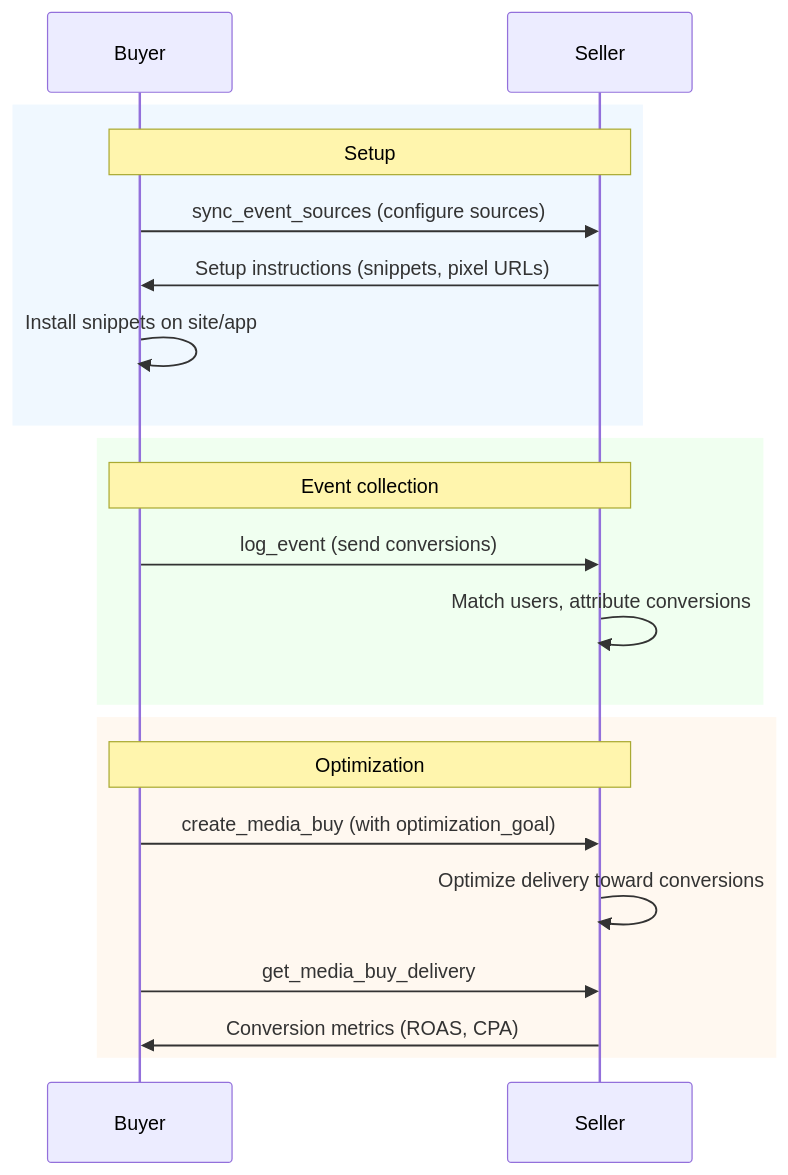
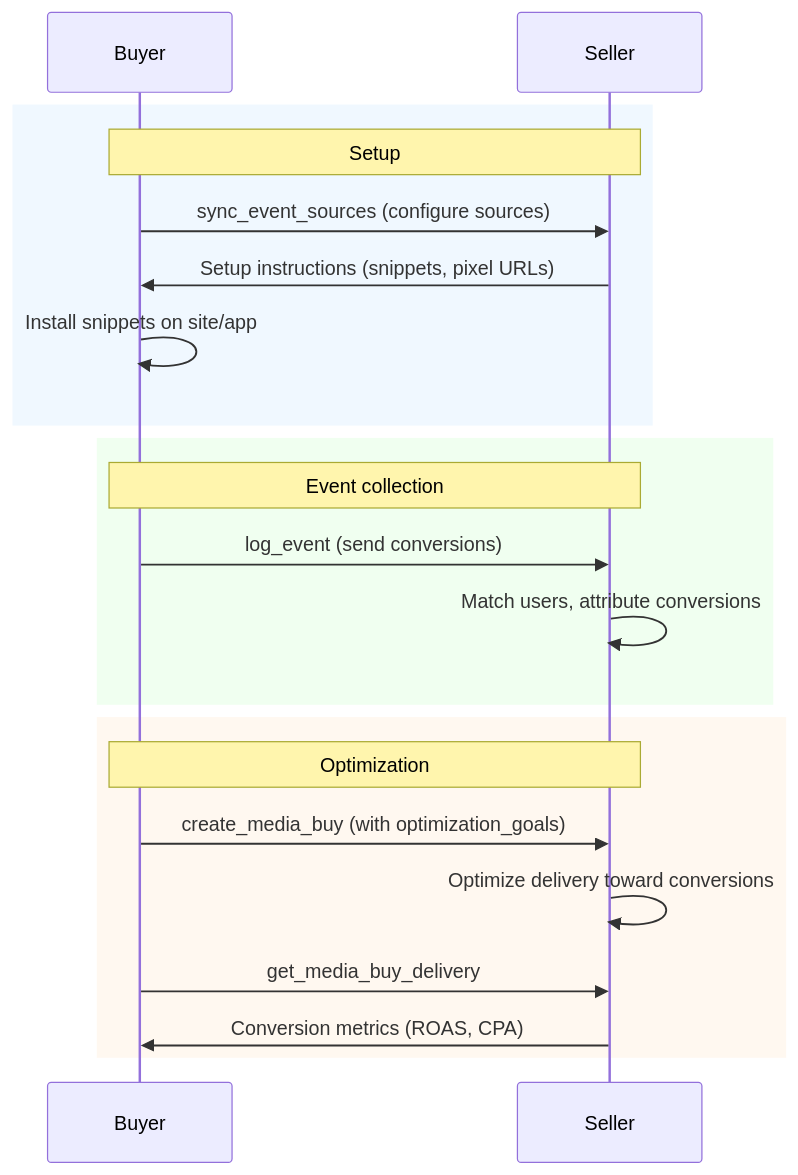
The diagram in docs/media-buy/conversion-tracking/index.mdx (adcontextprotocol/adcp), drawn with Mermaid before and after one commit. The commit also changed other lines of this file and 12 other files, not shown here.

First line of the commit message:
feat(schema): redesign optimization_goal as optimization_goals array

````diff
--- a/docs/media-buy/conversion-tracking/index.mdx
+++ b/docs/media-buy/conversion-tracking/index.mdx
@@ -15,26 +15,26 @@
 ```mermaid
 sequenceDiagram
     participant B as Buyer
     participant S as Seller
 
     rect rgb(240, 248, 255)
         Note over B,S: Setup
         B->>S: sync_event_sources (configure sources)
         S->>B: Setup instructions (snippets, pixel URLs)
         B->>B: Install snippets on site/app
     end
 
     rect rgb(240, 255, 240)
         Note over B,S: Event collection
         B->>S: log_event (send conversions)
         S->>S: Match users, attribute conversions
     end
 
     rect rgb(255, 248, 240)
         Note over B,S: Optimization
-        B->>S: create_media_buy (with optimization_goal)
+        B->>S: create_media_buy (with optimization_goals)
         S->>S: Optimize delivery toward conversions
         B->>S: get_media_buy_delivery
         S->>B: Conversion metrics (ROAS, CPA)
     end
 ```
````
